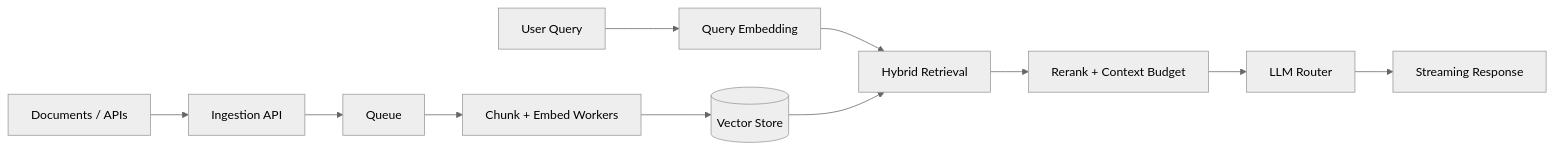
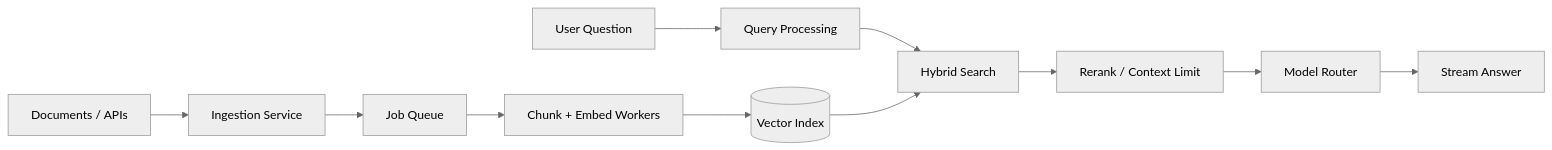
Before and after one commit to flutter-create-ani/flutter-create-ani: the first of 3 diagrams in README.md, drawn with Mermaid (neutral theme). The commit also changed other lines of this file, not shown here.

````diff
--- a/README.md
+++ b/README.md
@@ -75,13 +126,13 @@
 ```mermaid
 flowchart LR
-  A[Documents / APIs] --> B[Ingestion API]
-  B --> C[Queue]
+  A[Documents / APIs] --> B[Ingestion Service]
+  B --> C[Job Queue]
   C --> D[Chunk + Embed Workers]
-  D --> E[(Vector Store)]
-  F[User Query] --> G[Query Embedding]
-  G --> H[Hybrid Retrieval]
+  D --> E[(Vector Index)]
+  F[User Question] --> G[Query Processing]
+  G --> H[Hybrid Search]
   E --> H
-  H --> I[Rerank + Context Budget]
-  I --> J[LLM Router]
-  J --> K[Streaming Response]
+  H --> I[Rerank / Context Limit]
+  I --> J[Model Router]
+  J --> K[Stream Answer]
 ```
````
